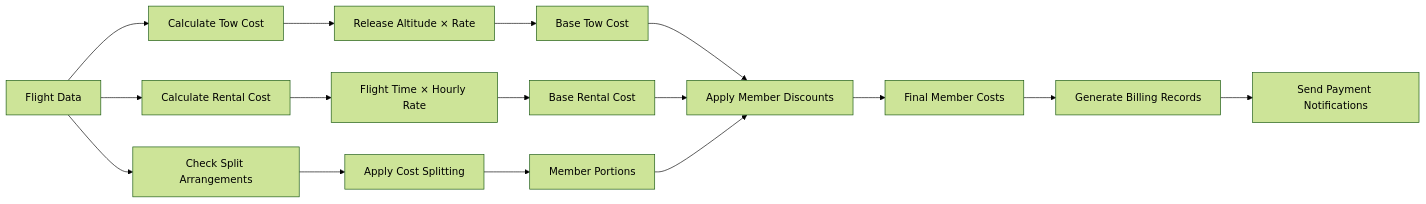
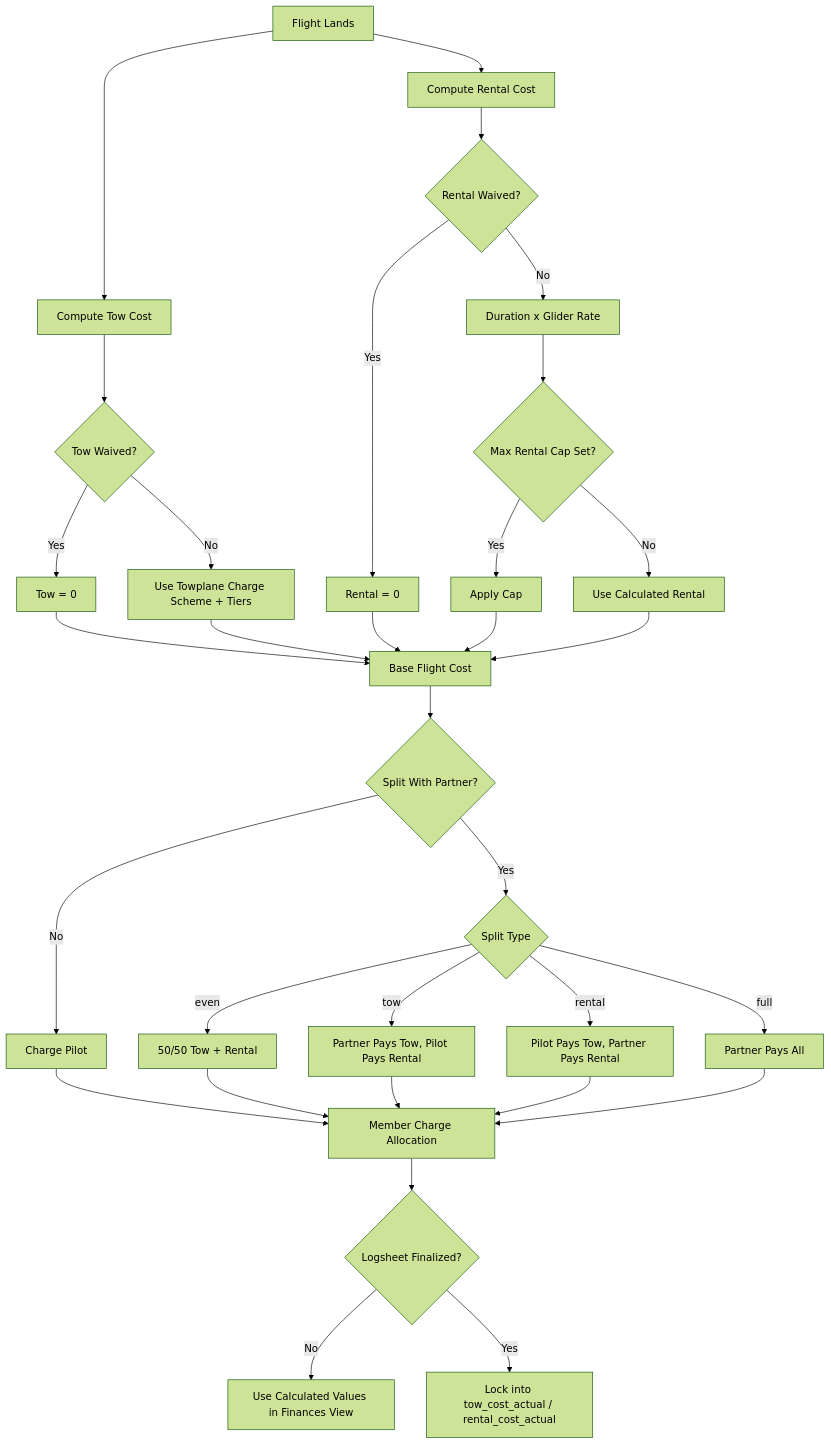
The third of 12 diagrams in docs/workflows/04-logsheet-workflow.md (pietbarber/Manage2Soar), drawn with Mermaid (forest theme) before and after one commit. The commit also changed other lines of this file and 11 other files, not shown here.

````diff
--- a/docs/workflows/04-logsheet-workflow.md
+++ b/docs/workflows/04-logsheet-workflow.md
@@ -121,22 +132,40 @@
 ```mermaid
-flowchart LR
-    A[Flight Data] --> B[Calculate Tow Cost]
-    A --> C[Calculate Rental Cost]
-    A --> D[Check Split Arrangements]
+flowchart TD
+    A[Flight Lands] --> B[Compute Tow Cost]
+    A --> C[Compute Rental Cost]
 
-    B --> E[Release Altitude × Rate]
-    C --> F[Flight Time × Hourly Rate]
-    D --> G[Apply Cost Splitting]
+    B --> B1{Tow Waived?}
+    B1 -->|Yes| B2[Tow = 0]
+    B1 -->|No| B3[Use Towplane Charge Scheme + Tiers]
 
-    E --> H[Base Tow Cost]
-    F --> I[Base Rental Cost]
-    G --> J[Member Portions]
+    C --> C1{Rental Waived?}
+    C1 -->|Yes| C2[Rental = 0]
+    C1 -->|No| C3[Duration x Glider Rate]
+    C3 --> C4{Max Rental Cap Set?}
+    C4 -->|Yes| C5[Apply Cap]
+    C4 -->|No| C6[Use Calculated Rental]
 
-    H --> K[Apply Member Discounts]
-    I --> K
-    J --> K
+    B2 --> D[Base Flight Cost]
+    B3 --> D
+    C2 --> D
+    C5 --> D
+    C6 --> D
 
-    K --> L[Final Member Costs]
-    L --> M[Generate Billing Records]
-    M --> N[Send Payment Notifications]
+    D --> E{Split With Partner?}
+    E -->|No| F[Charge Pilot]
+    E -->|Yes| G{Split Type}
+    G -->|even| H[50/50 Tow + Rental]
+    G -->|tow| I[Partner Pays Tow, Pilot Pays Rental]
+    G -->|rental| J[Pilot Pays Tow, Partner Pays Rental]
+    G -->|full| K[Partner Pays All]
+
+    F --> L[Member Charge Allocation]
+    H --> L
+    I --> L
+    J --> L
+    K --> L
+
+    L --> M{Logsheet Finalized?}
+    M -->|No| N[Use Calculated Values in Finances View]
+    M -->|Yes| O[Lock into tow_cost_actual / rental_cost_actual]
 ```
````
